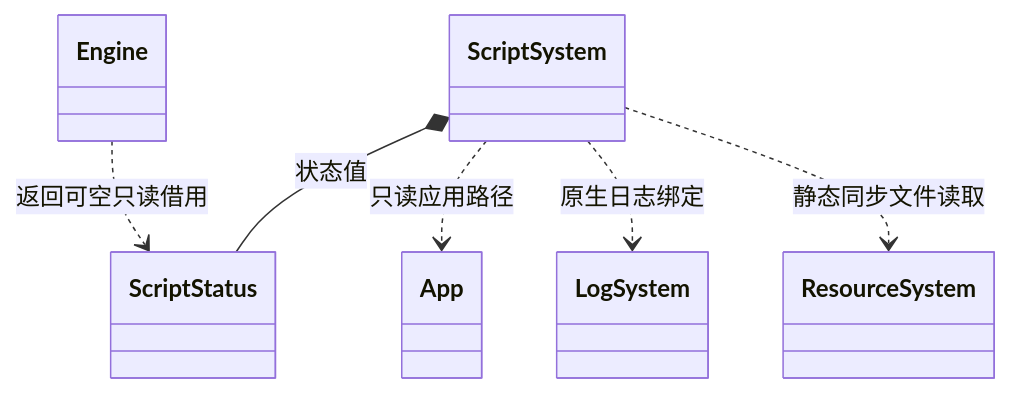
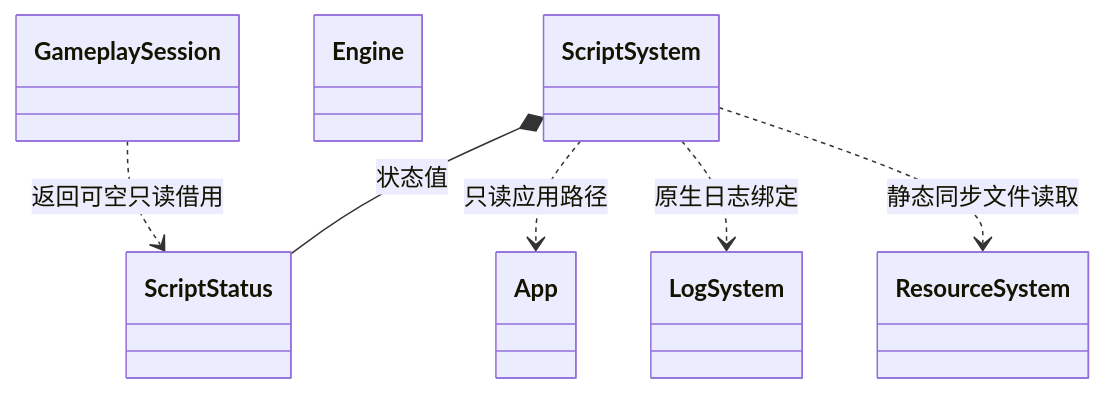
The eighth of 19 diagrams in docs/class-diagrams/references.md (lcals/Engine), drawn with Mermaid before and after one commit. The commit also changed other lines of this file and 143 other files, not shown here.

````diff
--- a/docs/class-diagrams/references.md
+++ b/docs/class-diagrams/references.md
@@ -227,15 +236,16 @@
 ```mermaid
 classDiagram
     direction TB
     class ScriptSystem
     class ScriptStatus
     class App
     class LogSystem
     class ResourceSystem
     class Engine
     ScriptSystem *-- ScriptStatus : 状态值
     ScriptSystem ..> App : 只读应用路径
     ScriptSystem ..> LogSystem : 原生日志绑定
     ScriptSystem ..> ResourceSystem : 静态同步文件读取
-    Engine ..> ScriptStatus : 返回可空只读借用
+    class GameplaySession
+    GameplaySession ..> ScriptStatus : 返回可空只读借用
 ```
````
